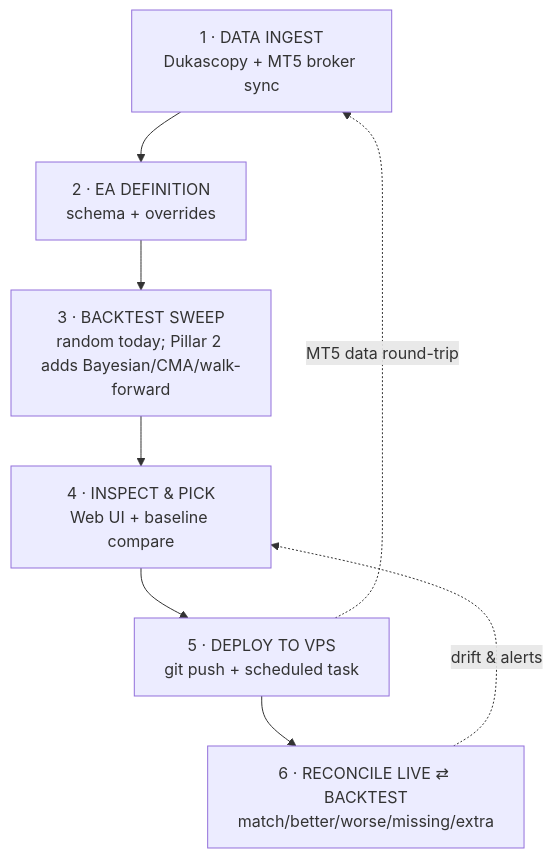
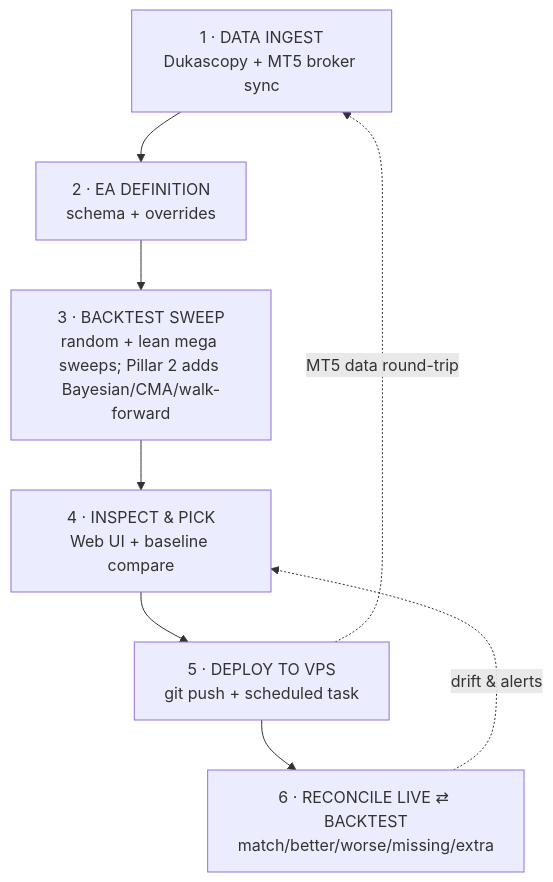
Before and after one commit to longytravel/fireforex: the diagram in docs/ARCHITECTURE_MAP.md, drawn with Mermaid. The commit also changed other lines of this file and 2 other files, not shown here.

Commit message:
docs: update mega brute handoff and map

````diff
--- a/docs/ARCHITECTURE_MAP.md
+++ b/docs/ARCHITECTURE_MAP.md
@@ -14,13 +14,13 @@
 ```mermaid
 flowchart TD
     D["1 · DATA INGEST<br/>Dukascopy + MT5 broker sync"]
     E["2 · EA DEFINITION<br/>schema + overrides"]
-    S["3 · BACKTEST SWEEP<br/>random today; Pillar 2 adds Bayesian/CMA/walk-forward"]
+    S["3 · BACKTEST SWEEP<br/>random + lean mega sweeps; Pillar 2 adds Bayesian/CMA/walk-forward"]
     I["4 · INSPECT & PICK<br/>Web UI + baseline compare"]
     DE["5 · DEPLOY TO VPS<br/>git push + scheduled task"]
     R["6 · RECONCILE LIVE ⇄ BACKTEST<br/>match/better/worse/missing/extra"]
 
     D --> E --> S --> I --> DE --> R
     R -. "drift & alerts" .-> I
     DE -. "MT5 data round-trip" .-> D
 ```
````
